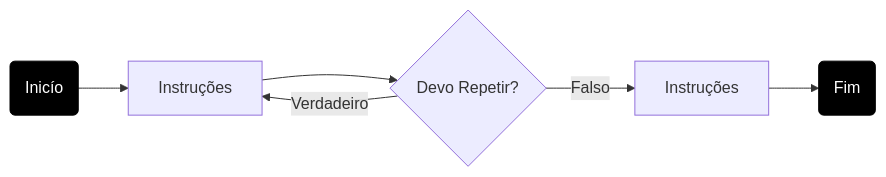
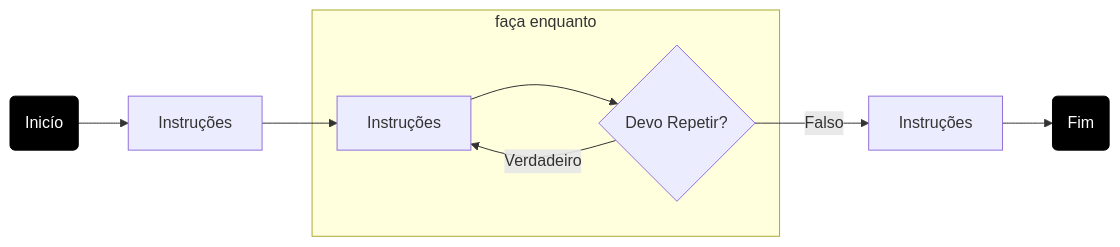
Before and after one commit to yuriMartinst/linguagem-java: the seventh of 9 diagrams in 08.md, drawn with Mermaid. The commit also changed other lines of this file, not shown here.

````diff
--- a/08.md
+++ b/08.md
@@ -190,11 +196,14 @@
 ```mermaid
 flowchart LR
     inicio(Inicío) --> D[Instruções]
-    D --> C{Devo Repetir?}
-    C --> |Verdadeiro| D
+    D -->  E[Instruções]
+    subgraph faça enquanto
+    E --> C{Devo Repetir?}
+    C --> |Verdadeiro| E
+    end
     C -->|Falso| G[Instruções]
     G --> fim(Fim)
 
 style inicio fill:#000,stroke:#000,color:#fff
 style fim fill:#000,stroke:#000,color:#fff
 ```
````
